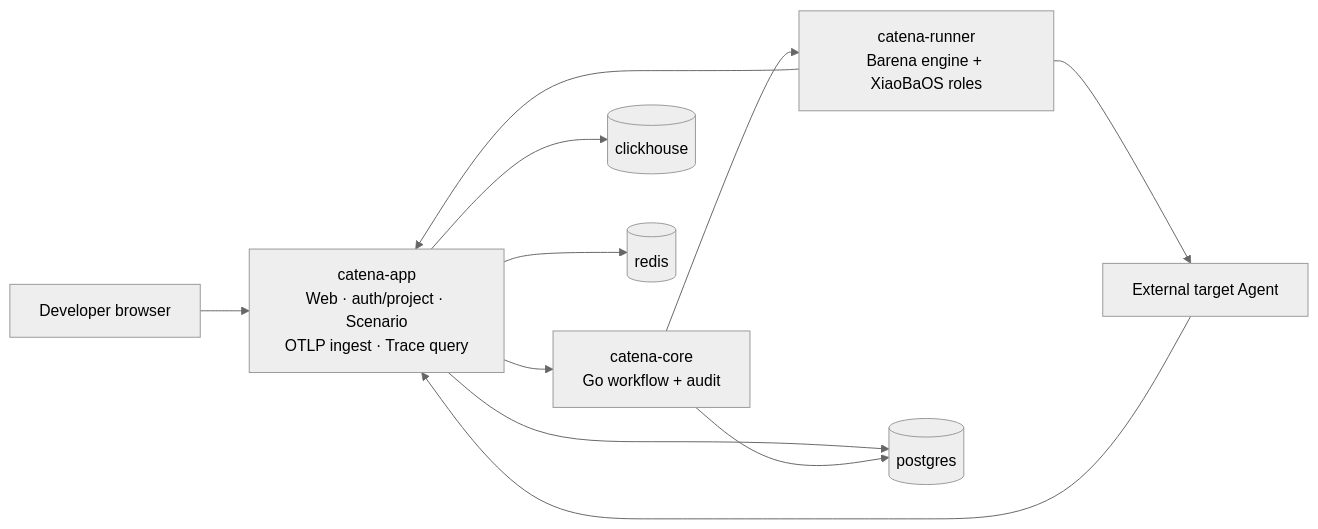
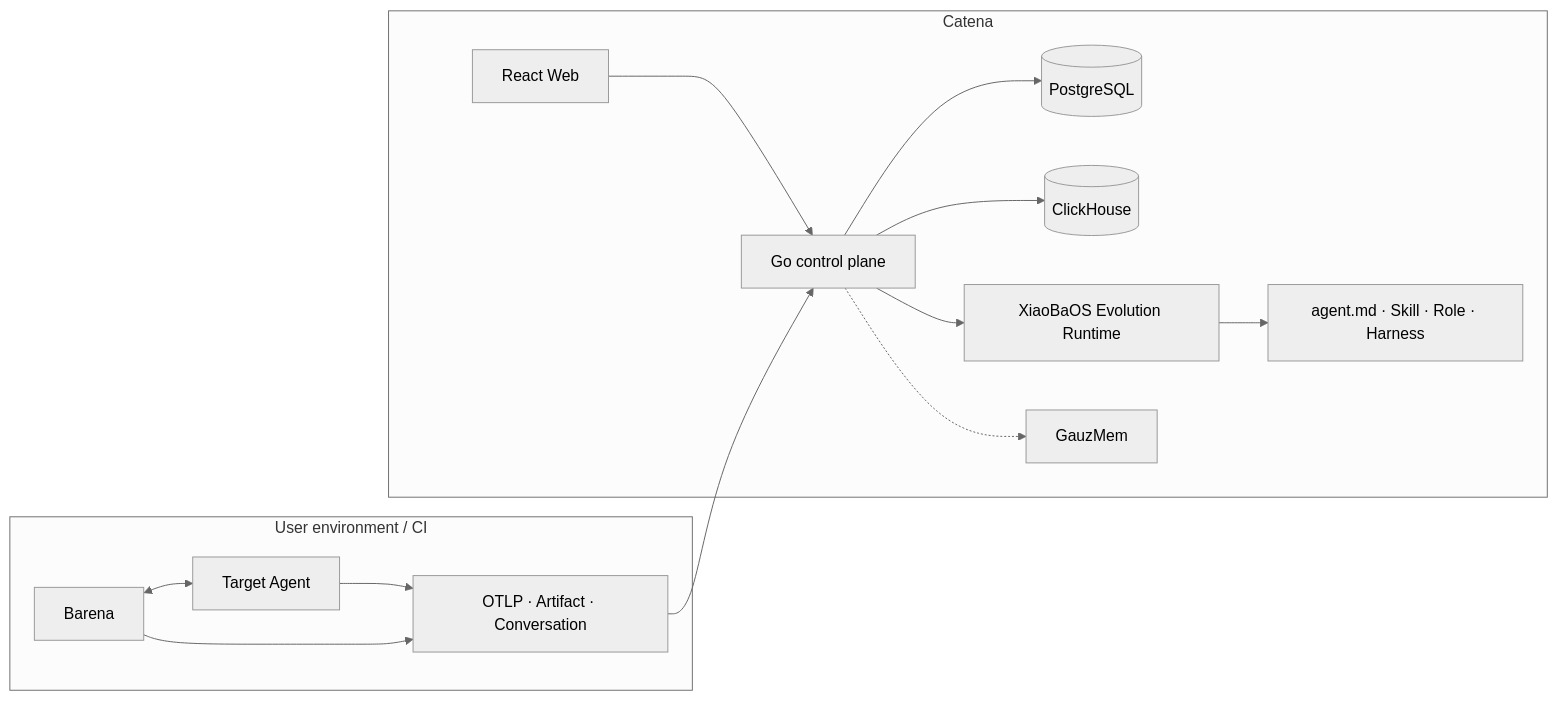
Before and after one commit to fightheyyy/CATENA: the diagram in docs/catena/architecture/README.md, drawn with Mermaid (neutral theme). The commit also changed other lines of this file and 8087 other files, not shown here.

````diff
--- a/docs/catena/architecture/README.md
+++ b/docs/catena/architecture/README.md
@@ -74,13 +5,22 @@
 ```mermaid
 flowchart LR
-    Browser["Developer browser"] --> App["catena-app<br/>Web · auth/project · Scenario<br/>OTLP ingest · Trace query"]
-    Runtime["External target Agent"] --> App
-    App --> Core["catena-core<br/>Go workflow + audit"]
-    Core --> Runner["catena-runner<br/>Barena engine + XiaoBaOS roles"]
-    App --> PG[("postgres")]
-    Core --> PG
-    App --> CH[("clickhouse")]
-    App --> Redis[("redis")]
-    Runner --> Runtime
-    Runner --> App
+    subgraph Edge["User environment / CI"]
+        Agent["Target Agent"]
+        Barena["Barena"]
+        Buffer["OTLP · Artifact · Conversation"]
+        Barena <--> Agent
+        Agent --> Buffer
+        Barena --> Buffer
+    end
+
+    subgraph Cloud["Catena"]
+        Web["React Web"] --> Core["Go control plane"]
+        Core --> PG[("PostgreSQL")]
+        Core --> CH[("ClickHouse")]
+        Core --> Runner["XiaoBaOS Evolution Runtime"]
+        Runner --> Assets["agent.md · Skill · Role · Harness"]
+        Core -.-> Memory["GauzMem"]
+    end
+
+    Buffer --> Core
 ```
````
